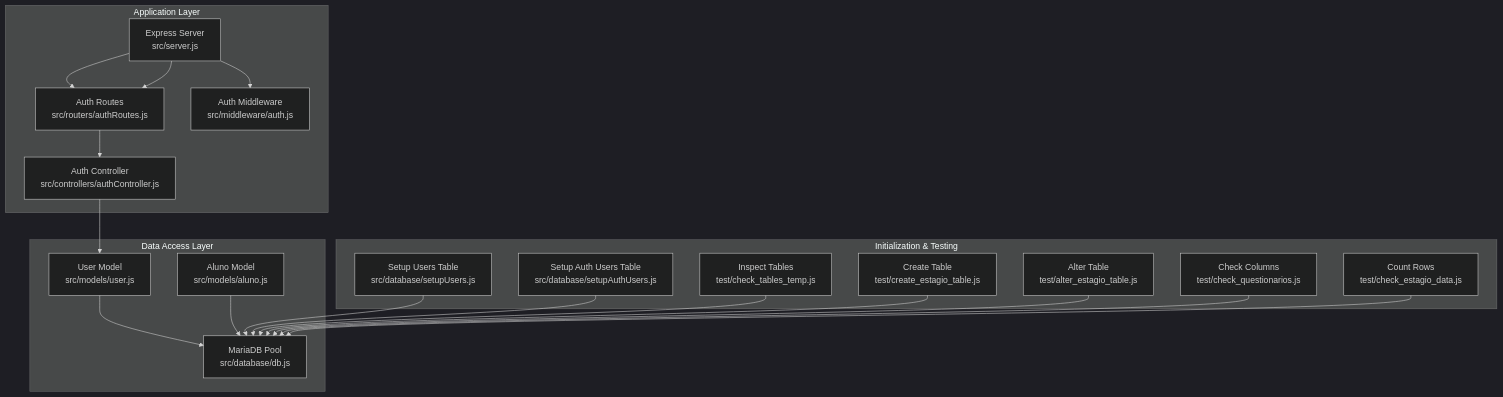
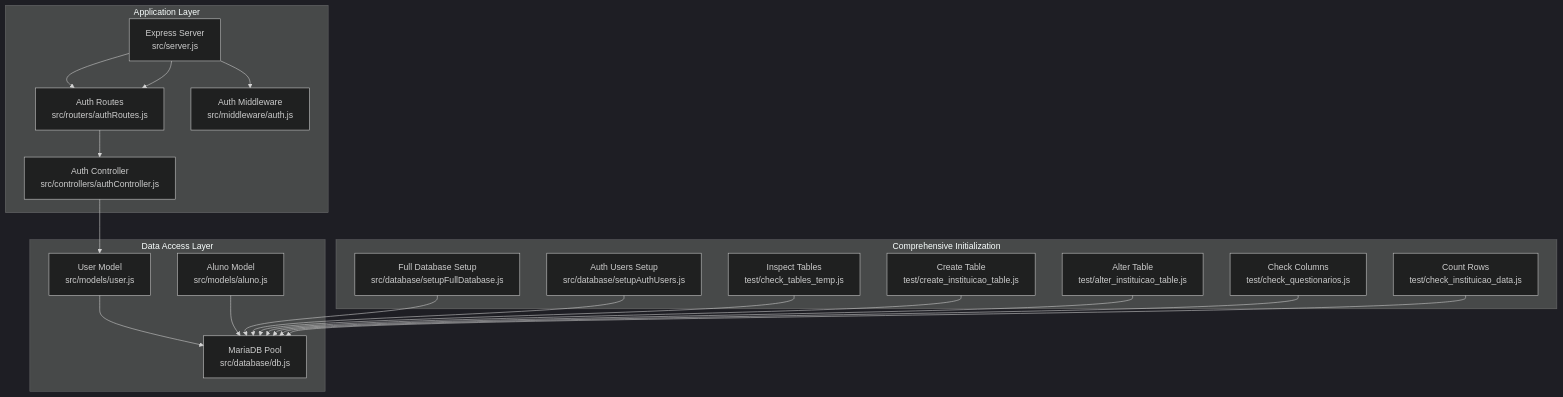
One commit to luiseduacosta/nodemural changed the first of 7 diagrams in .qoder/repowiki/en/content/Data Models & Database Design/Database Architecture & Connection Management.md. Above: the diagram before and after it, drawn with Mermaid (dark theme). The commit also changed other lines of this file and 27 other files, not shown here.

````diff
--- a/.qoder/repowiki/en/content/Data Models & Database Design/Database Architecture & Connection Management.md
+++ b/.qoder/repowiki/en/content/Data Models & Database Design/Database Architecture & Connection Management.md
@@ -41,35 +49,35 @@
 ```mermaid
 graph TB
 subgraph "Application Layer"
 SRV["Express Server<br/>src/server.js"]
 RT_AUTH["Auth Routes<br/>src/routers/authRoutes.js"]
 CTRL_AUTH["Auth Controller<br/>src/controllers/authController.js"]
 MW_AUTH["Auth Middleware<br/>src/middleware/auth.js"]
 end
 subgraph "Data Access Layer"
 POOL["MariaDB Pool<br/>src/database/db.js"]
 MODEL_USER["User Model<br/>src/models/user.js"]
 MODEL_ALUNO["Aluno Model<br/>src/models/aluno.js"]
 end
-subgraph "Initialization & Testing"
-INIT_USERS["Setup Users Table<br/>src/database/setupUsers.js"]
-INIT_AUTH_USERS["Setup Auth Users Table<br/>src/database/setupAuthUsers.js"]
+subgraph "Comprehensive Initialization"
+FULL_SETUP["Full Database Setup<br/>src/database/setupFullDatabase.js"]
+AUTH_SETUP["Auth Users Setup<br/>src/database/setupAuthUsers.js"]
 TEST_INSPECT["Inspect Tables<br/>test/check_tables_temp.js"]
-TEST_CREATE["Create Table<br/>test/create_estagio_table.js"]
-TEST_ALTER["Alter Table<br/>test/alter_estagio_table.js"]
+TEST_CREATE["Create Table<br/>test/create_instituicao_table.js"]
+TEST_ALTER["Alter Table<br/>test/alter_instituicao_table.js"]
 TEST_Q["Check Columns<br/>test/check_questionarios.js"]
-TEST_COUNT["Count Rows<br/>test/check_estagio_data.js"]
+TEST_COUNT["Count Rows<br/>test/check_instituicao_data.js"]
 end
 SRV --> RT_AUTH --> CTRL_AUTH --> MODEL_USER
 SRV --> RT_AUTH
 SRV --> MW_AUTH
 MODEL_USER --> POOL
 MODEL_ALUNO --> POOL
-INIT_USERS --> POOL
-INIT_AUTH_USERS --> POOL
+FULL_SETUP --> POOL
+AUTH_SETUP --> POOL
 TEST_INSPECT --> POOL
 TEST_CREATE --> POOL
 TEST_ALTER --> POOL
 TEST_Q --> POOL
 TEST_COUNT --> POOL
 ```
````
